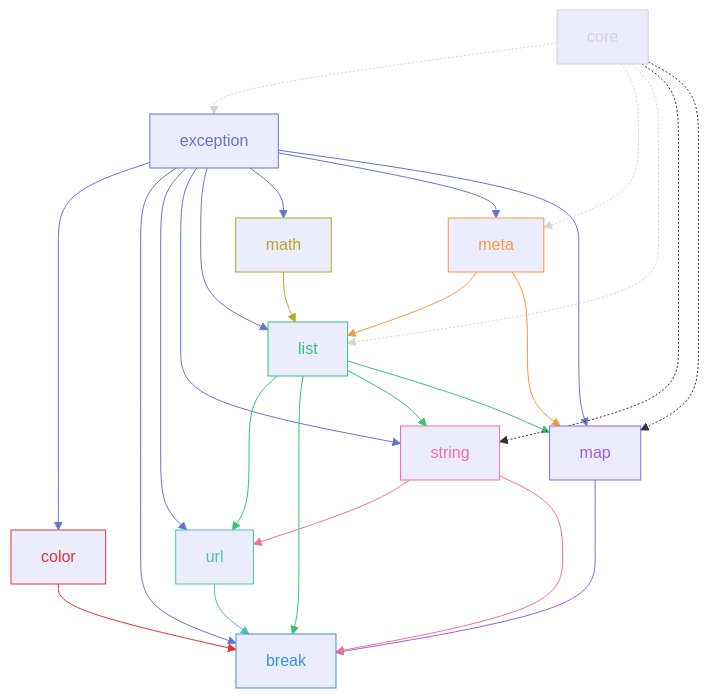
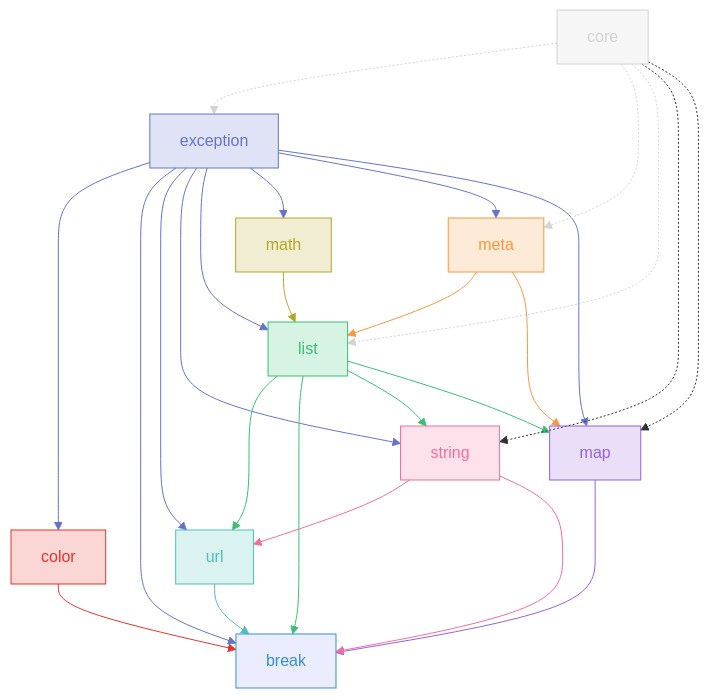
One commit to roydukkey/sass-fairy changed the diagram in README.md. Above: the diagram before and after it, drawn with Mermaid.

Commit message:
Update colors of graph

````diff
--- a/README.md
+++ b/README.md
@@ -44,32 +44,32 @@
 ```mermaid
-graph TD
-  COLOR[color] --> BREAK[break]
-  EXCEPTION[exception] --> COLOR & BREAK & URL & STRING & LIST & MATH & META & MAP
-  LIST[list] --> URL & BREAK & STRING & MAP
-  MAP[map] --> BREAK
-  MATH[math] --> LIST
-  META[meta] --> LIST & MAP
-  STRING[string] --> URL & BREAK
-  URL[url] --> BREAK
-  CORE[core] -.-> EXCEPTION & META & LIST & STRING & MAP
+graph TD;
+  COLOR[color] --> BREAK[break];
+  EXCEPTION[exception] --> COLOR & BREAK & URL & STRING & LIST & MATH & META & MAP;
+  LIST[list] --> URL & BREAK & STRING & MAP;
+  MAP[map] --> BREAK;
+  MATH[math] --> LIST;
+  META[meta] --> LIST & MAP;
+  STRING[string] --> URL & BREAK;
+  URL[url] --> BREAK;
+  CORE[core] -.-> EXCEPTION & META & LIST & STRING & MAP;
 
-  style EXCEPTION color:#6574cd,stroke:#6574cd
+  style EXCEPTION color:#6574cd,stroke:#6574cd,fill:#6574cd33
   linkStyle 1,2,3,4,5,6,7,8 stroke:#6574cd
-  style BREAK color:#3490dc,stroke:#3490dc
-  style COLOR color:#e3342f,stroke:#e3342f
-  linkStyle 0 color:#e3342f,stroke:#e3342f
-  style LIST color:#38c172,stroke:#38c172
+  style BREAK color:#3490dc,stroke:#3490dc,fill:#3490dc3;
+  style COLOR color:#e3342f,stroke:#e3342f,fill:#e3342f33
+  linkStyle 0 stroke:#e3342f
+  style LIST color:#38c172,stroke:#38c172,fill:#38c17233
   linkStyle 9,10,11,12 stroke:#38c172
-  style MAP color:#9561e2,stroke:#9561e2
+  style MAP color:#9561e2,stroke:#9561e2,fill:#9561e233
   linkStyle 13 stroke:#9561e2
-  style MATH color:#b6a722,stroke:#b6a722
+  style MATH color:#b6a722,stroke:#b6a722,fill:#b6a72233
   linkStyle 14 stroke:#b6a722
-  style META color:#f6993f,stroke:#f6993f
+  style META color:#f6993f,stroke:#f6993f,fill:#f6993f33
   linkStyle 15,16 stroke:#f6993f
-  style STRING color:#f66d9b,stroke:#f66d9b
+  style STRING color:#f66d9b,stroke:#f66d9b,fill:#f66d9b33
   linkStyle 17,18 stroke:#f66d9b
-  style URL color:#4dc0b5,stroke:#4dc0b5
+  style URL color:#4dc0b5,stroke:#4dc0b5,fill:#4dc0b533
   linkStyle 19 stroke:#4dc0b5
-  style CORE color:lightgrey,stroke:lightgrey
-  linkStyle 20,21,22 stroke:lightgrey
+  style CORE color:#d3d3d3,stroke:#d3d3d3,fill:#d3d3d333
+  linkStyle 20,21,22 stroke:#d3d3d3
 ```
````
